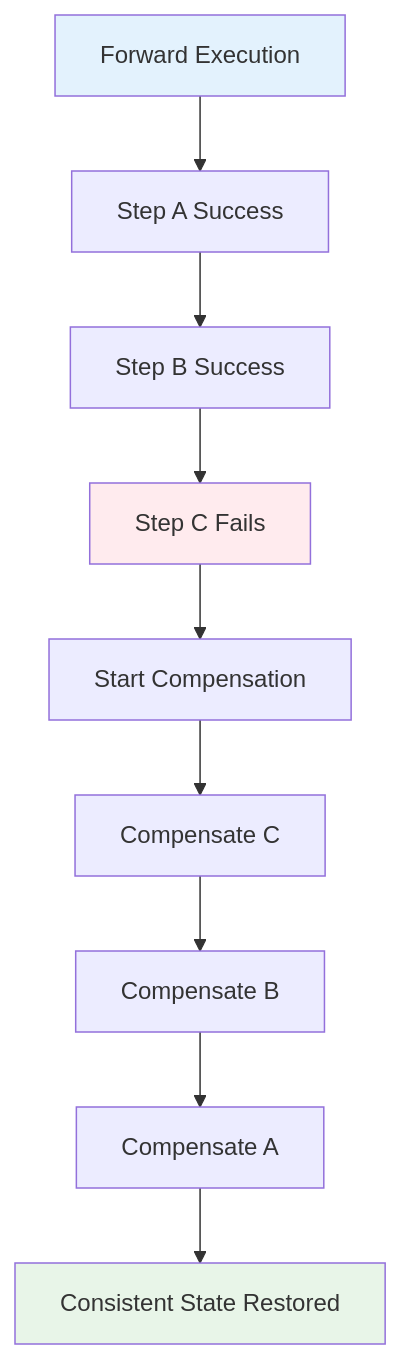
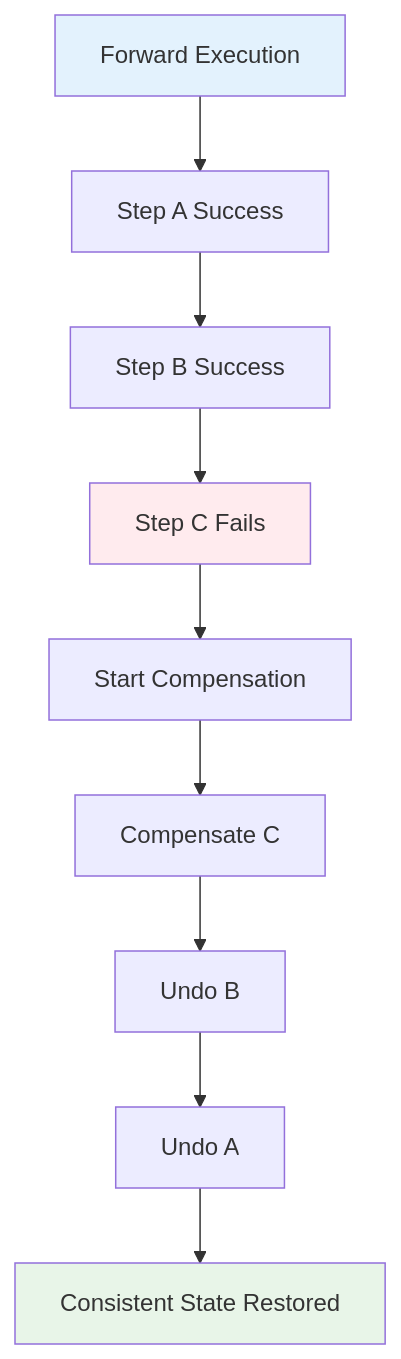
The fifth of 16 diagrams in docs/DAG.md (arturictus/ruby_reactor), drawn with Mermaid before and after one commit. The commit also changed other lines of this file and 5 other files, not shown here.

````diff
--- a/docs/DAG.md
+++ b/docs/DAG.md
@@ -103,15 +103,15 @@
 ```mermaid
 graph TD
     A[Forward Execution] --> B[Step A Success]
     B --> C[Step B Success]
     C --> D[Step C Fails]
     D --> E[Start Compensation]
     E --> F[Compensate C]
-    F --> G[Compensate B]
-    G --> H[Compensate A]
+    F --> G[Undo B]
+    G --> H[Undo A]
     H --> I[Consistent State Restored]
 
     style A fill:#e3f2fd
     style I fill:#e8f5e8
     style D fill:#ffebee
 ```
````
